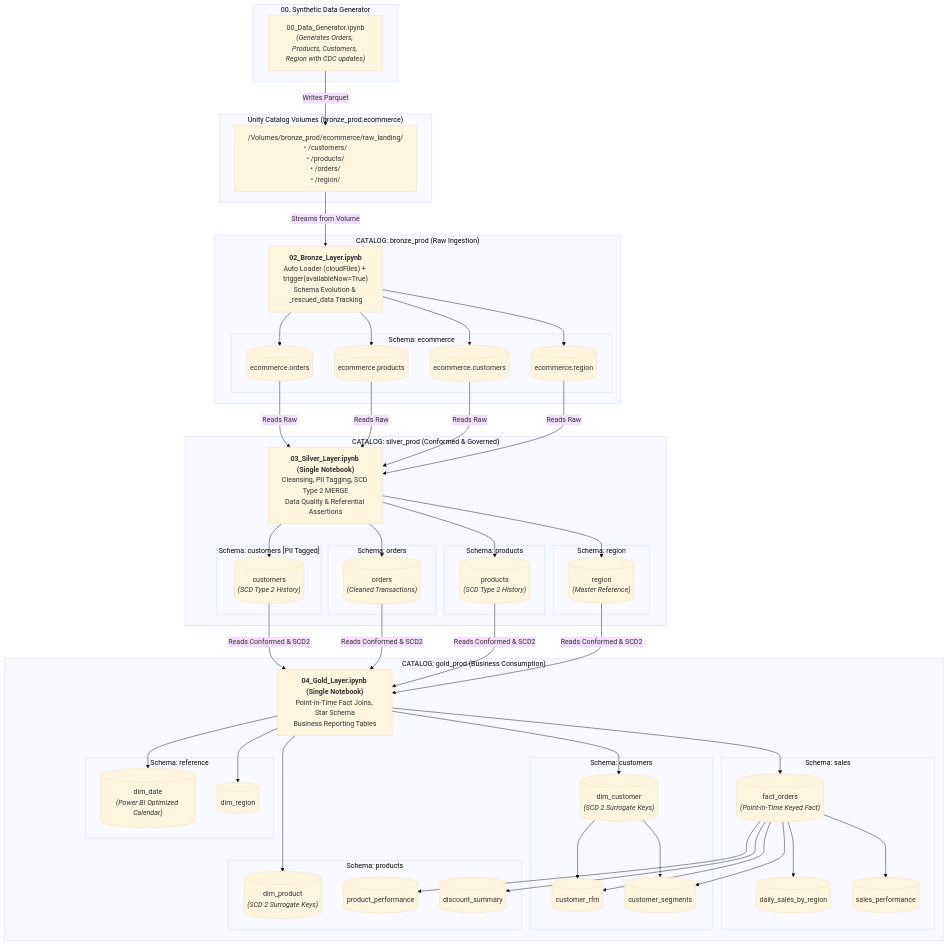
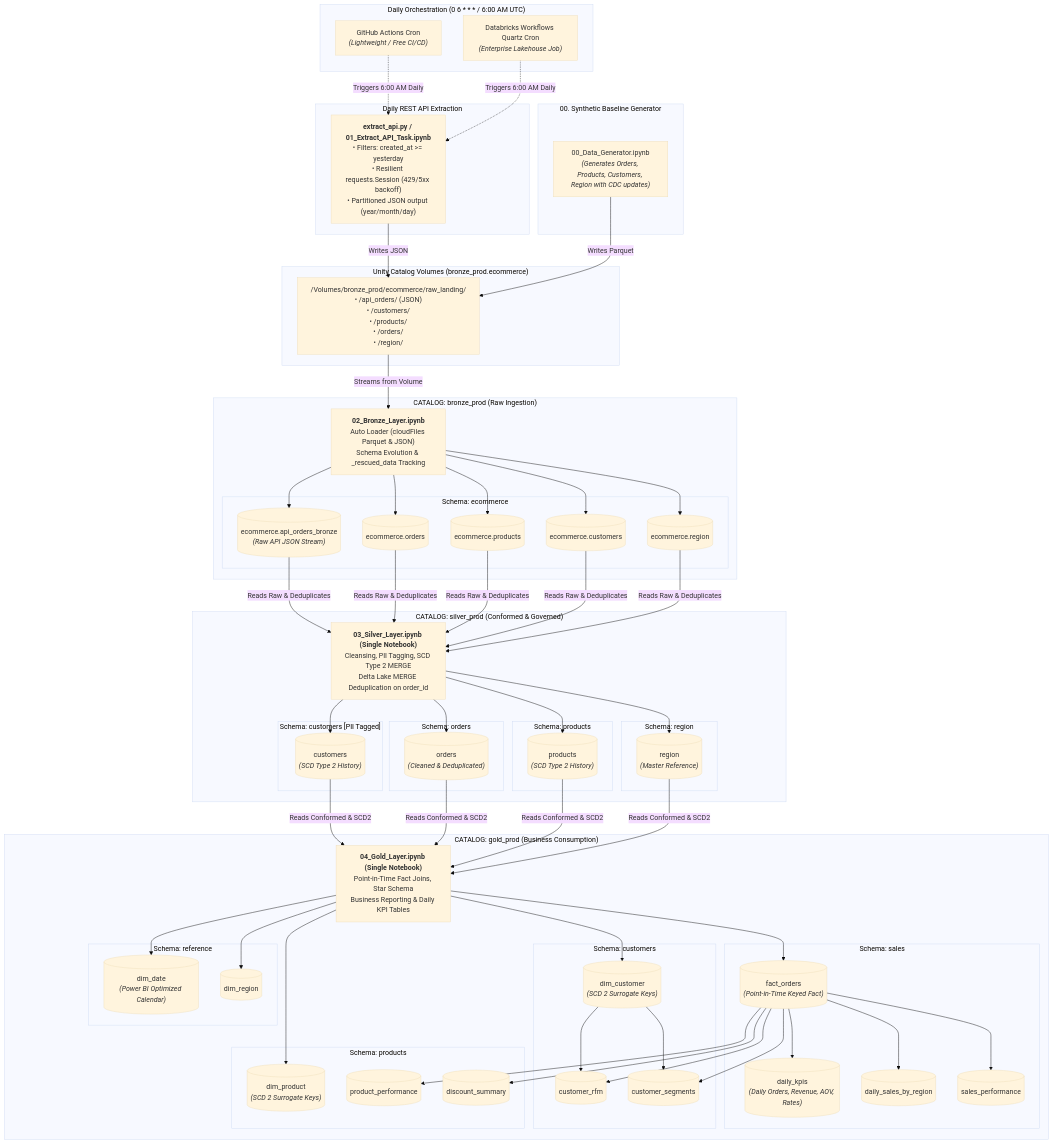
Before and after one commit to praveen6naik/Databricks-End-to-End-project: the diagram in README.md, drawn with Mermaid (base theme). The commit also changed other lines of this file and 11 other files, not shown here.

First line of the commit message:
feat: add daily REST API extractor, GitHub Actions cron, and Medallion Lakehouse ingestion

````diff
--- a/README.md
+++ b/README.md
@@ -18,17 +18,27 @@
 ```mermaid
 flowchart TD
-    subgraph DataGen["00. Synthetic Data Generator"]
+    subgraph Schedulers["Daily Orchestration (0 6 * * * / 6:00 AM UTC)"]
+        GHA["GitHub Actions Cron<br/><i>(Lightweight / Free CI/CD)</i>"]
+        DBW["Databricks Workflows Quartz Cron<br/><i>(Enterprise Lakehouse Job)</i>"]
+    end
+
+    subgraph Extraction["Daily REST API Extraction"]
+        EXT["<b>extract_api.py / 01_Extract_API_Task.ipynb</b><br/>• Filters: created_at >= yesterday<br/>• Resilient requests.Session (429/5xx backoff)<br/>• Partitioned JSON output (year/month/day)"]
+    end
+
+    subgraph DataGen["00. Synthetic Baseline Generator"]
         DG["00_Data_Generator.ipynb<br/><i>(Generates Orders, Products, Customers, Region with CDC updates)</i>"]
     end
 
     subgraph VolumeLanding["Unity Catalog Volumes (bronze_prod.ecommerce)"]
-        V["/Volumes/bronze_prod/ecommerce/raw_landing/<br/>• /customers/<br/>• /products/<br/>• /orders/<br/>• /region/"]
+        V["/Volumes/bronze_prod/ecommerce/raw_landing/<br/>• /api_orders/ (JSON)<br/>• /customers/<br/>• /products/<br/>• /orders/<br/>• /region/"]
     end
 
     subgraph BronzeCatalog["CATALOG: bronze_prod (Raw Ingestion)"]
-        B["<b>02_Bronze_Layer.ipynb</b><br/>Auto Loader (cloudFiles) + trigger(availableNow=True)<br/>Schema Evolution & _rescued_data Tracking"]
+        B["<b>02_Bronze_Layer.ipynb</b><br/>Auto Loader (cloudFiles Parquet & JSON)<br/>Schema Evolution & _rescued_data Tracking"]
         
         subgraph BronzeSchema["Schema: ecommerce"]
+            BT0[("ecommerce.api_orders_bronze<br/><i>(Raw API JSON Stream)</i>")]
             BT1[("ecommerce.orders")]
             BT2[("ecommerce.products")]
             BT3[("ecommerce.customers")]
@@ -37,13 +47,13 @@
     end
 
     subgraph SilverCatalog["CATALOG: silver_prod (Conformed & Governed)"]
-        S["<b>03_Silver_Layer.ipynb (Single Notebook)</b><br/>Cleansing, PII Tagging, SCD Type 2 MERGE<br/>Data Quality & Referential Assertions"]
+        S["<b>03_Silver_Layer.ipynb (Single Notebook)</b><br/>Cleansing, PII Tagging, SCD Type 2 MERGE<br/>Delta Lake MERGE Deduplication on order_id"]
         
         subgraph SilverCust["Schema: customers [PII Tagged]"]
             ST1[("customers<br/><i>(SCD Type 2 History)</i>")]
         end
         subgraph SilverSales["Schema: orders"]
-            ST2[("orders<br/><i>(Cleaned Transactions)</i>")]
+            ST2[("orders<br/><i>(Cleaned & Deduplicated)</i>")]
         end
         subgraph SilverProd["Schema: products"]
             ST3[("products<br/><i>(SCD Type 2 History)</i>")]
@@ -54,10 +64,11 @@
     end
 
     subgraph GoldCatalog["CATALOG: gold_prod (Business Consumption)"]
-        G["<b>04_Gold_Layer.ipynb (Single Notebook)</b><br/>Point-in-Time Fact Joins, Star Schema<br/>Business Reporting Tables"]
+        G["<b>04_Gold_Layer.ipynb (Single Notebook)</b><br/>Point-in-Time Fact Joins, Star Schema<br/>Business Reporting & Daily KPI Tables"]
         
         subgraph GoldSales["Schema: sales"]
             GT5[("fact_orders<br/><i>(Point-in-Time Keyed Fact)</i>")]
+            M0[("daily_kpis<br/><i>(Daily Orders, Revenue, AOV, Rates)</i>")]
             M1[("daily_sales_by_region")]
             M2[("sales_performance")]
         end
@@ -81,15 +92,17 @@
     end
 
     %% Flow Connections
+    GHA & DBW -.->|"Triggers 6:00 AM Daily"| EXT
+    EXT -->|"Writes JSON"| V
     DG -->|"Writes Parquet"| V
     V -->|"Streams from Volume"| B
-    B --> BT1 & BT2 & BT3 & BT4
+    B --> BT0 & BT1 & BT2 & BT3 & BT4
 
-    BT1 & BT2 & BT3 & BT4 -->|"Reads Raw"| S
+    BT0 & BT1 & BT2 & BT3 & BT4 -->|"Reads Raw & Deduplicates"| S
     S --> ST1 & ST2 & ST3 & ST4
 
     ST1 & ST2 & ST3 & ST4 -->|"Reads Conformed & SCD2"| G
     G --> GT1 & GT2 & GT3 & GT4 & GT5
-    GT5 --> M1 & M2 & M5 & M6
+    GT5 --> M0 & M1 & M2 & M5 & M6
     GT1 & GT5 --> M3 & M4
 ```
````
